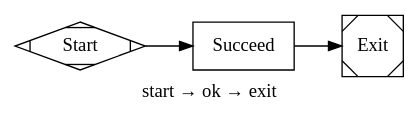
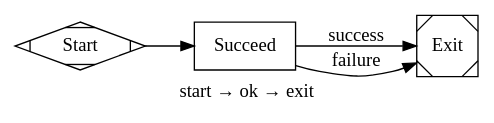
One commit to Industrial/streamweave-attractor changed the diagram in examples/workflows/test_success_only.dot. Above: the diagram before and after it, drawn with Graphviz. The commit also changed 5 other files, not shown here.

First line of the commit message:
feat: enhance workflow diagrams with outcome-based conditions

```diff
--- a/examples/workflows/test_success_only.dot
+++ b/examples/workflows/test_success_only.dot
@@ -1,9 +1,10 @@
 digraph TestSuccessOnly {
   graph [goal="Test success path only (out port)", label="start → ok → exit"]
   rankdir=LR
   start [shape=Mdiamond, label="Start"]
   exit [shape=Msquare, label="Exit"]
   ok [shape=box, type=exec, label="Succeed", command="true"]
   start -> ok
-  ok -> exit
+  ok -> exit [label="success", condition="outcome=success"]
+  ok -> exit [label="failure", condition="outcome=fail"]
 }
```
